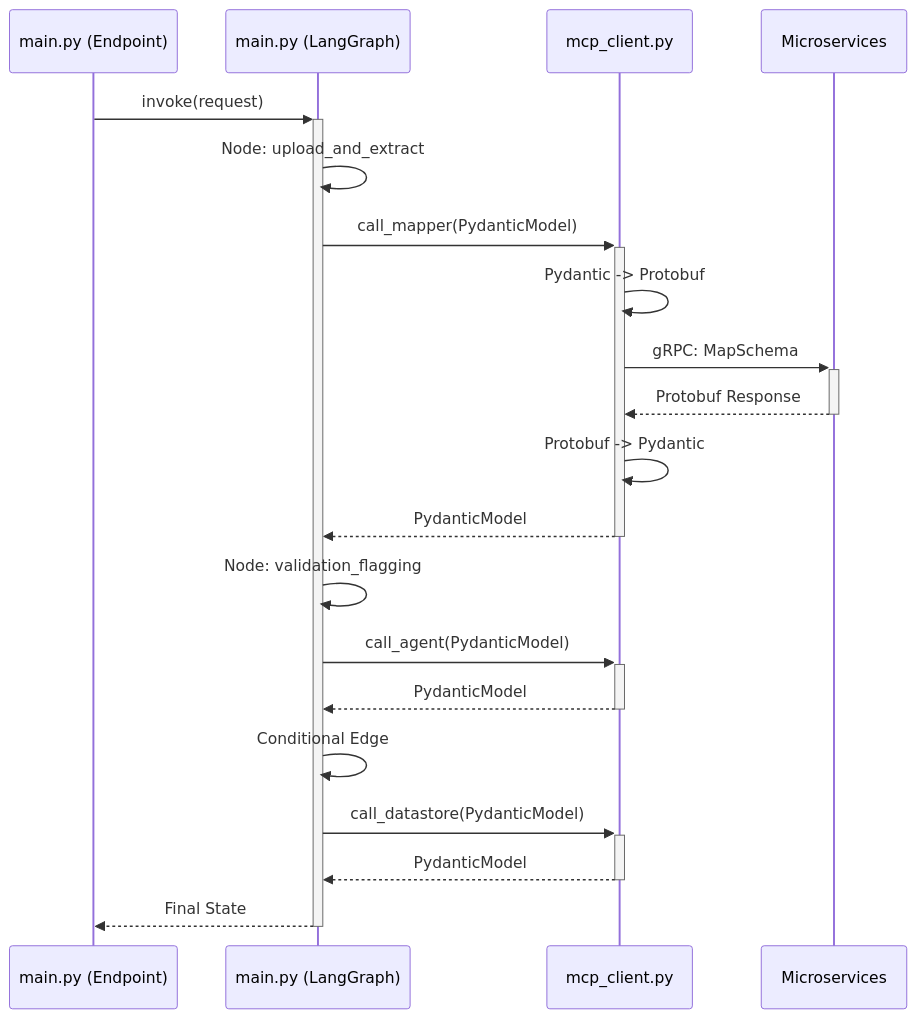
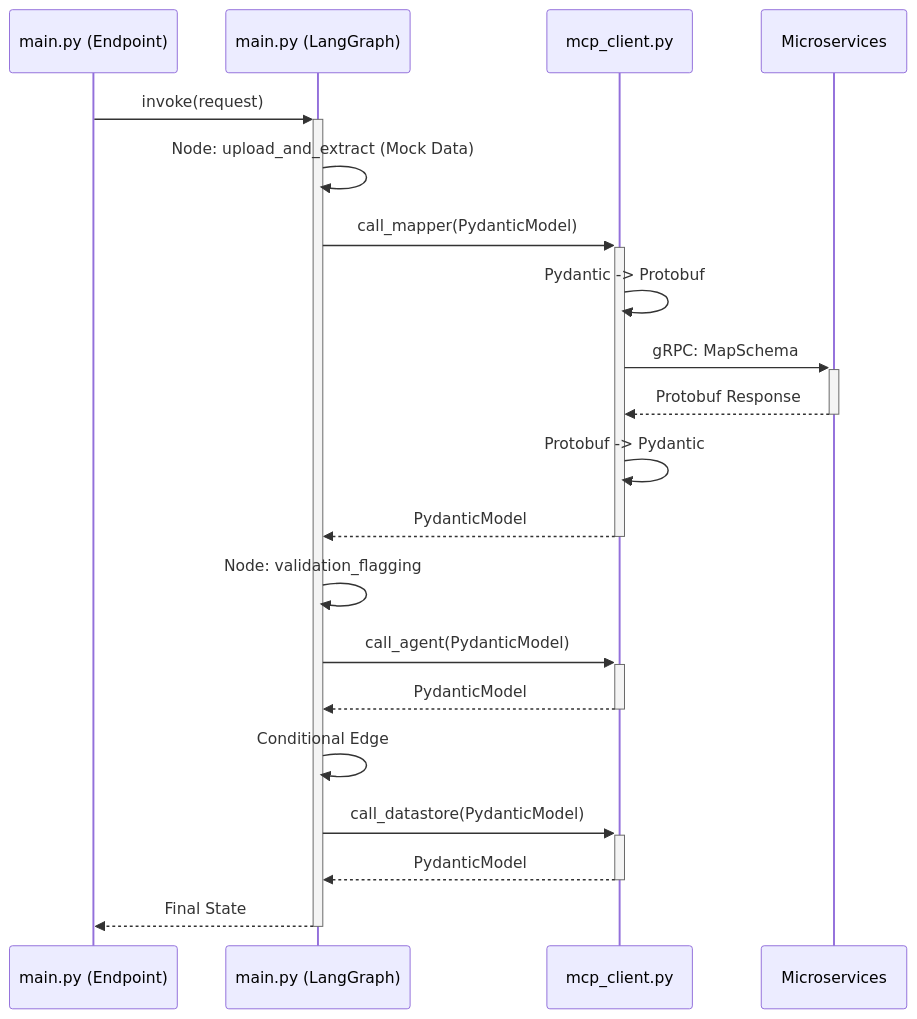
The diagram in TECHNICAL_SPECIFICATION.md (Alwyn25/Documet-AI-Typhoon), drawn with Mermaid before and after one commit. The commit also changed other lines of this file and 11 other files, not shown here.

First line of the commit message:
feat: Implement stable microservice architecture

````diff
--- a/TECHNICAL_SPECIFICATION.md
+++ b/TECHNICAL_SPECIFICATION.md
@@ -130,23 +121,23 @@
 ```mermaid
 sequenceDiagram
     participant main.py (Endpoint)
     participant main.py (LangGraph)
     participant mcp_client.py
     participant Microservices
 
     main.py (Endpoint)->>+main.py (LangGraph): invoke(request)
-    main.py (LangGraph)->>main.py (LangGraph): Node: upload_and_extract
+    main.py (LangGraph)->>main.py (LangGraph): Node: upload_and_extract (Mock Data)
     main.py (LangGraph)->>+mcp_client.py: call_mapper(PydanticModel)
     mcp_client.py->>mcp_client.py: Pydantic -> Protobuf
     mcp_client.py->>+Microservices: gRPC: MapSchema
     Microservices-->>-mcp_client.py: Protobuf Response
     mcp_client.py->>mcp_client.py: Protobuf -> Pydantic
     mcp_client.py-->>-main.py (LangGraph): PydanticModel
     main.py (LangGraph)->>main.py (LangGraph): Node: validation_flagging
     main.py (LangGraph)->>+mcp_client.py: call_agent(PydanticModel)
     mcp_client.py-->>-main.py (LangGraph): PydanticModel
     main.py (LangGraph)->>main.py (LangGraph): Conditional Edge
     main.py (LangGraph)->>+mcp_client.py: call_datastore(PydanticModel)
     mcp_client.py-->>-main.py (LangGraph): PydanticModel
     main.py (LangGraph)-->>-main.py (Endpoint): Final State
 ```
````
